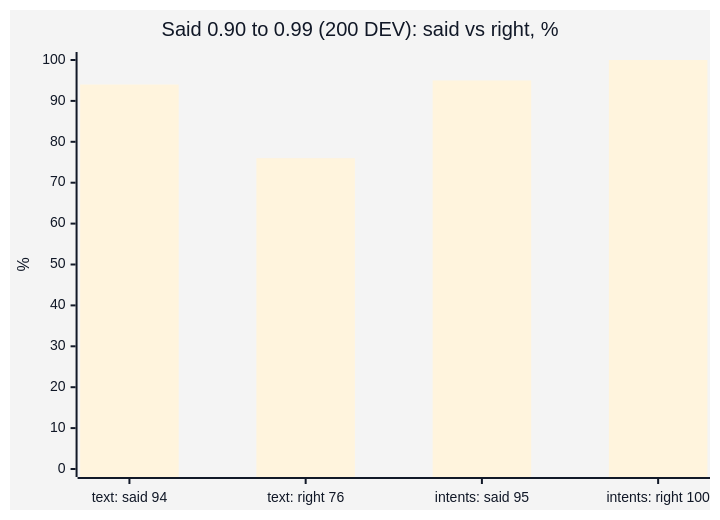
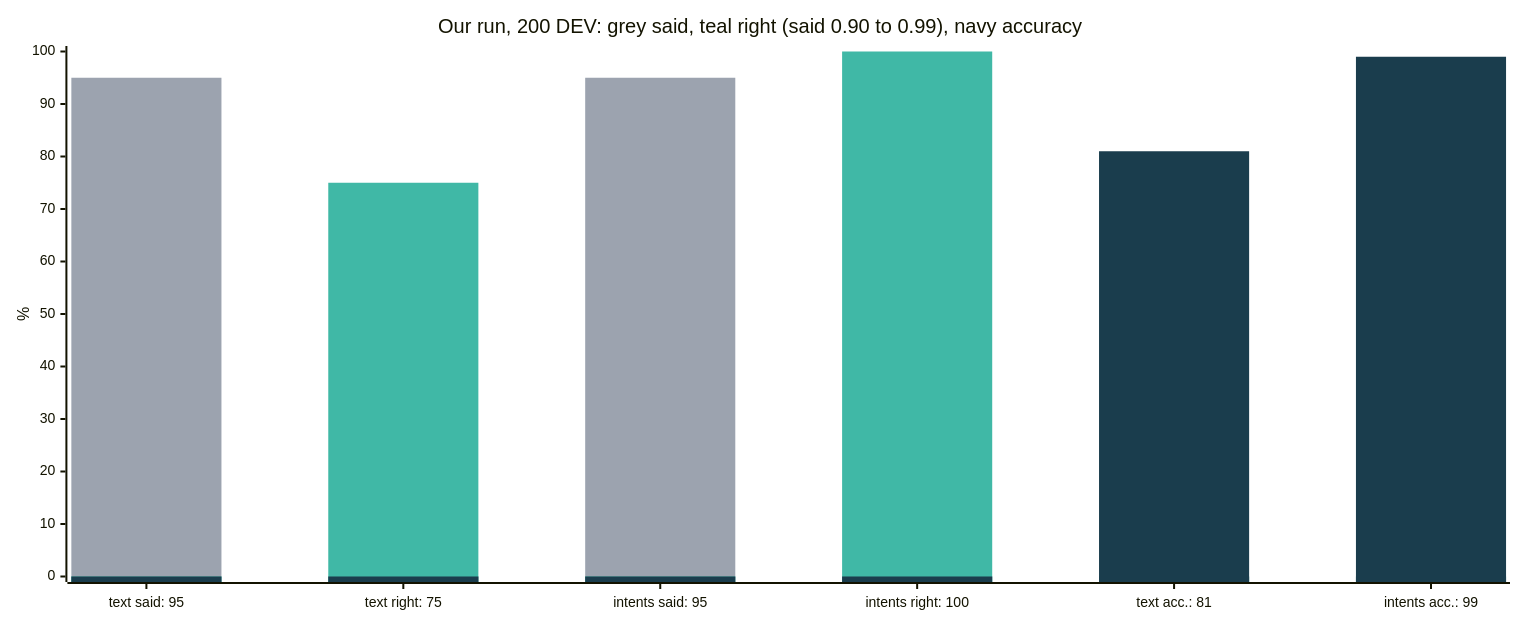
One commit to axel-sirota/getting_started_jev changed the diagram in course/diagrams/module_03/p1-demo-results.mmd. Above: the diagram before and after it, drawn with Mermaid. The commit also changed 41 other files, not shown here.

Commit message:
Module 3: notebooks and diagrams

```diff
--- a/course/diagrams/module_03/p1-demo-results.mmd
+++ b/course/diagrams/module_03/p1-demo-results.mmd
@@ -1,6 +1,9 @@
 %%{init: {"theme": "base", "themeVariables": {"fontFamily": "Inter, sans-serif", "primaryColor": "#ECF8F6", "primaryBorderColor": "#40B8A6", "primaryTextColor": "#111827", "lineColor": "#1A3D4D", "secondaryColor": "#F9FAFB", "tertiaryColor": "#FFFFFF", "clusterBkg": "#F9FAFB", "clusterBorder": "#D1D5DB", "actorBkg": "#ECF8F6", "actorBorder": "#40B8A6", "noteBkgColor": "#FFF6DA", "noteBorderColor": "#E0B84C"}}}%%
+%%{init: {"themeVariables": {"xyChart": {"plotColorPalette": "#9CA3AF, #40B8A6, #1A3D4D"}}, "xyChart": {"width": 1500, "height": 600}}}%%
 xychart-beta
-  title "Said 0.90 to 0.99 (200 DEV): said vs right, %"
-  x-axis ["text: said 94", "text: right 76", "intents: said 95", "intents: right 100"]
+  title "Our run, 200 DEV: grey said, teal right (said 0.90 to 0.99), navy accuracy"
+  x-axis ["text said: 95", "text right: 75", "intents said: 95", "intents right: 100", "text acc.: 81", "intents acc.: 99"]
   y-axis "%" 0 --> 100
-  bar [94, 76, 95, 100]
+  bar [95, 0, 95, 0, 0, 0]
+  bar [0, 75, 0, 100, 0, 0]
+  bar [0, 0, 0, 0, 81, 99]
```
